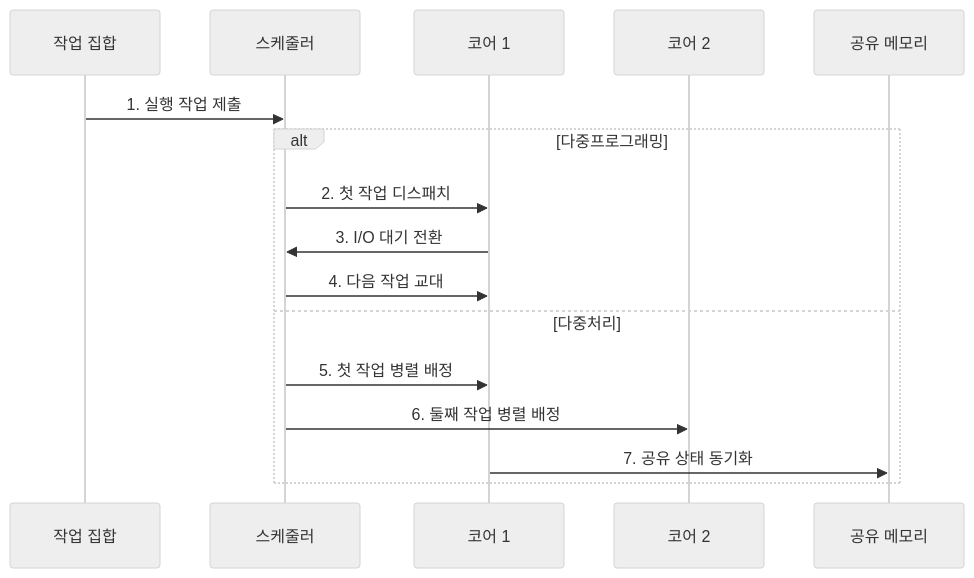
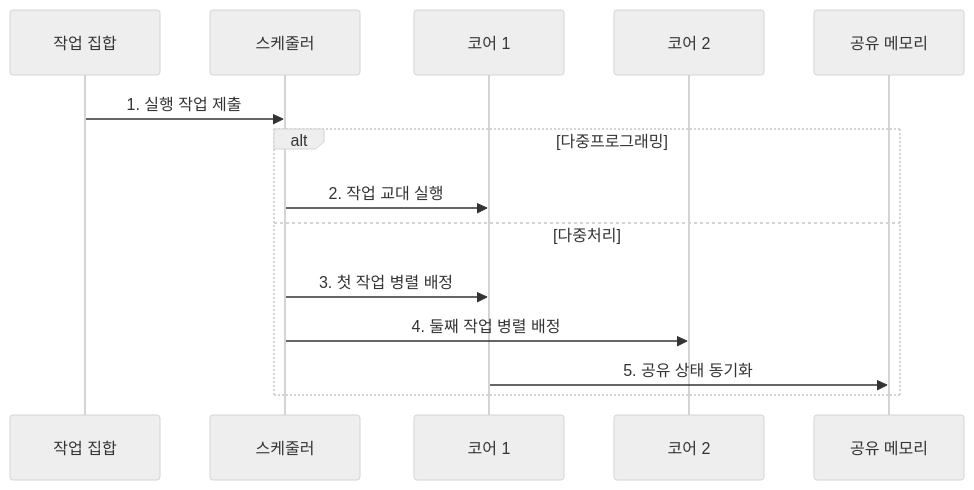
The second of 2 diagrams in src/content/docs/notes/03-software/017_multiprogramming_multiprocessing.md (agnusdei1207/knowledge-base), drawn with Mermaid (neutral theme) before and after one commit. The commit also changed other lines of this file and 238 other files, not shown here.

````diff
--- a/src/content/docs/notes/03-software/017_multiprogramming_multiprocessing.md
+++ b/src/content/docs/notes/03-software/017_multiprogramming_multiprocessing.md
@@ -91,18 +91,16 @@
 ```mermaid
 sequenceDiagram
     participant J as 작업 집합
     participant S as 스케줄러
     participant C1 as 코어 1
     participant C2 as 코어 2
     participant M as 공유 메모리
     J->>S: 1. 실행 작업 제출
     alt 다중프로그래밍
-        S->>C1: 2. 첫 작업 디스패치
-        C1->>S: 3. I/O 대기 전환
-        S->>C1: 4. 다음 작업 교대
+        S->>C1: 2. 작업 교대 실행
     else 다중처리
-        S->>C1: 5. 첫 작업 병렬 배정
-        S->>C2: 6. 둘째 작업 병렬 배정
-        C1->>M: 7. 공유 상태 동기화
+        S->>C1: 3. 첫 작업 병렬 배정
+        S->>C2: 4. 둘째 작업 병렬 배정
+        C1->>M: 5. 공유 상태 동기화
     end
 ```
````
